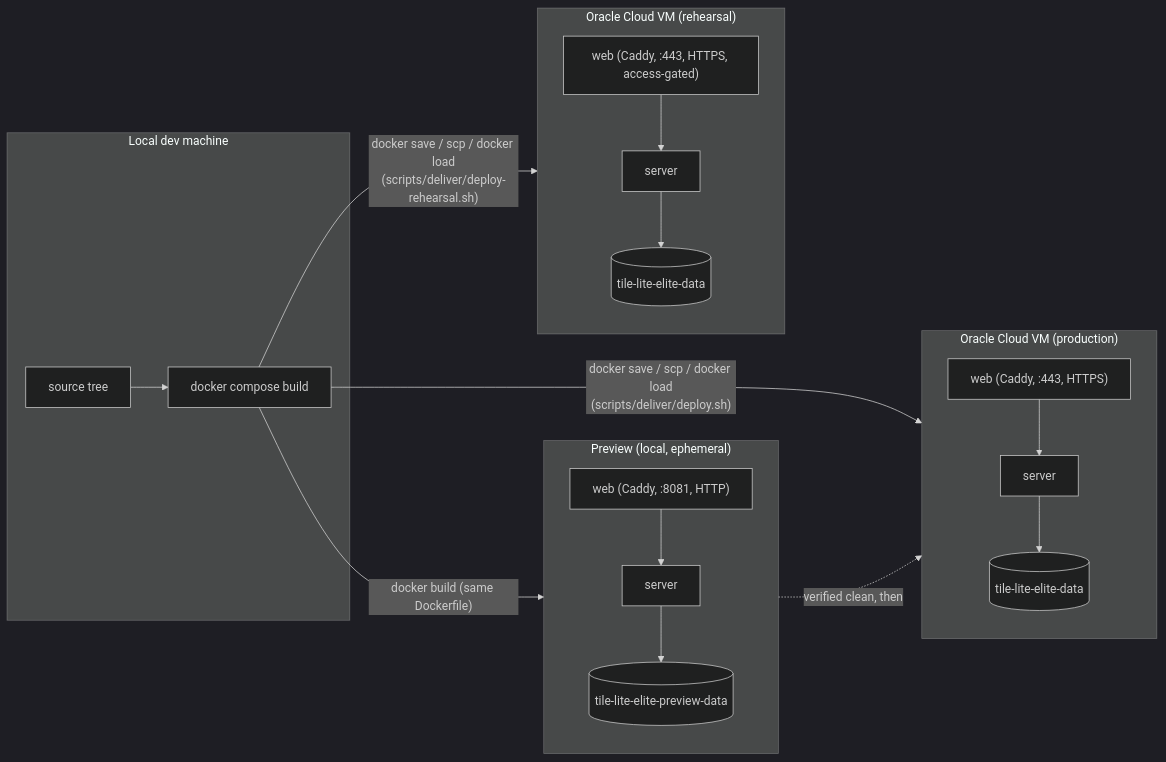
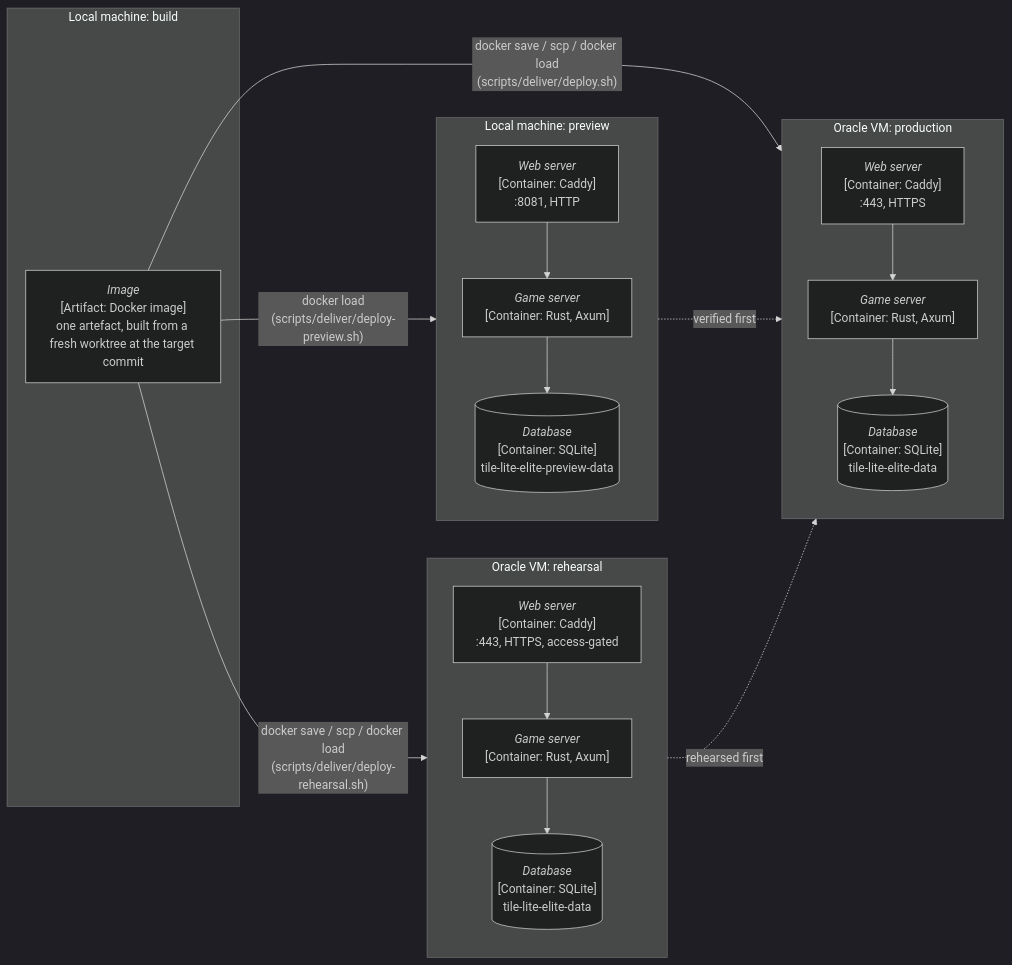
The diagram in docs/4.1.1-architecture.md (delphside/tile-lite-elite), drawn with Mermaid (dark theme) before and after one commit. The commit also changed other lines of this file and 7 other files, not shown here.

````diff
--- a/docs/4.1.1-architecture.md
+++ b/docs/4.1.1-architecture.md
@@ -20,26 +20,27 @@
 ```mermaid
 flowchart LR
-    subgraph DevMachine["Local dev machine"]
-        Src[source tree] --> Build[docker compose build]
+    subgraph BuildHost["Local machine: build"]
+        Image["<i>Image</i><br>[Artifact: Docker image]<br>one artefact, built from a fresh worktree at the target commit"]
     end
 
-    subgraph PreviewEnv["Preview (local, ephemeral)"]
-        PreviewWeb["web (Caddy, :8081, HTTP)"] --> PreviewServer["server"]
-        PreviewServer --> PreviewDB[("tile-lite-elite-preview-data")]
+    subgraph PreviewEnv["Local machine: preview"]
+        PreviewWeb["<i>Web server</i><br>[Container: Caddy]<br>:8081, HTTP"] --> PreviewServer["<i>Game server</i><br>[Container: Rust, Axum]"]
+        PreviewServer --> PreviewDB[("<i>Database</i><br>[Container: SQLite]<br>tile-lite-elite-preview-data")]
     end
 
-    subgraph RehearsalVM["Oracle Cloud VM (rehearsal)"]
-        RehWeb["web (Caddy, :443, HTTPS, access-gated)"] --> RehServer["server"]
-        RehServer --> RehDB[("tile-lite-elite-data")]
+    subgraph RehearsalVM["Oracle VM: rehearsal"]
+        RehWeb["<i>Web server</i><br>[Container: Caddy]<br>:443, HTTPS, access-gated"] --> RehServer["<i>Game server</i><br>[Container: Rust, Axum]"]
+        RehServer --> RehDB[("<i>Database</i><br>[Container: SQLite]<br>tile-lite-elite-data")]
     end
 
-    subgraph ProdVM["Oracle Cloud VM (production)"]
-        ProdWeb["web (Caddy, :443, HTTPS)"] --> ProdServer["server"]
-        ProdServer --> ProdDB[("tile-lite-elite-data")]
+    subgraph ProdVM["Oracle VM: production"]
+        ProdWeb["<i>Web server</i><br>[Container: Caddy]<br>:443, HTTPS"] --> ProdServer["<i>Game server</i><br>[Container: Rust, Axum]"]
+        ProdServer --> ProdDB[("<i>Database</i><br>[Container: SQLite]<br>tile-lite-elite-data")]
     end
 
-    Build -- "docker build (same Dockerfile)" --> PreviewEnv
-    Build -- "docker save / scp / docker load\n(scripts/deliver/deploy-rehearsal.sh)" --> RehearsalVM
-    Build -- "docker save / scp / docker load\n(scripts/deliver/deploy.sh)" --> ProdVM
-    PreviewEnv -. "verified clean, then" .-> ProdVM
+    Image -- "docker load<br>(scripts/deliver/deploy-preview.sh)" --> PreviewEnv
+    Image -- "docker save / scp / docker load<br>(scripts/deliver/deploy-rehearsal.sh)" --> RehearsalVM
+    Image -- "docker save / scp / docker load<br>(scripts/deliver/deploy.sh)" --> ProdVM
+    PreviewEnv -. "verified first" .-> ProdVM
+    RehearsalVM -. "rehearsed first" .-> ProdVM
 ```
````
